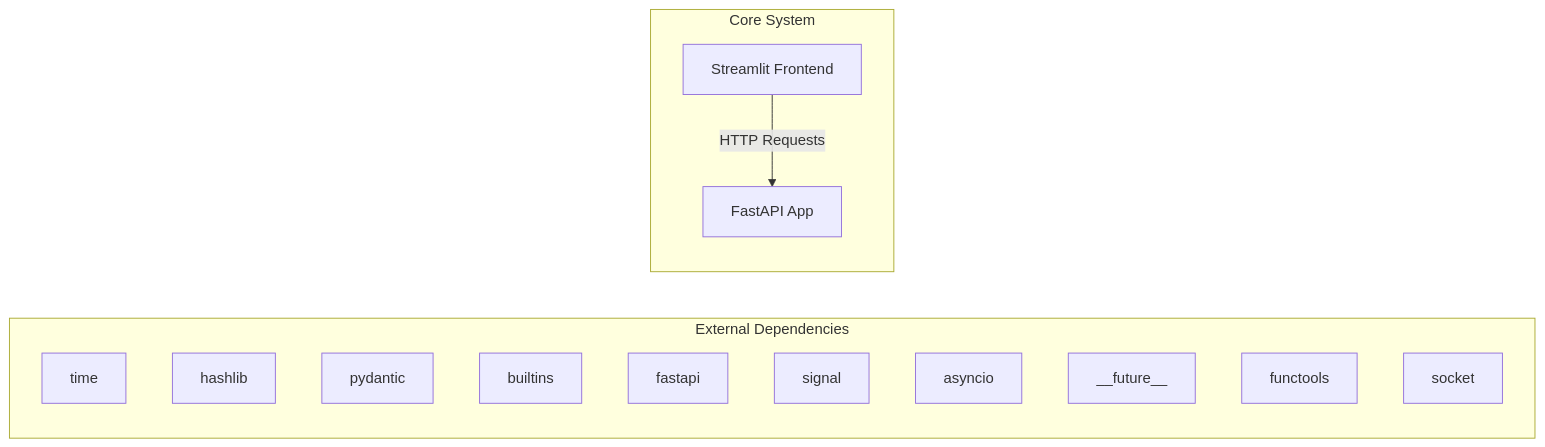
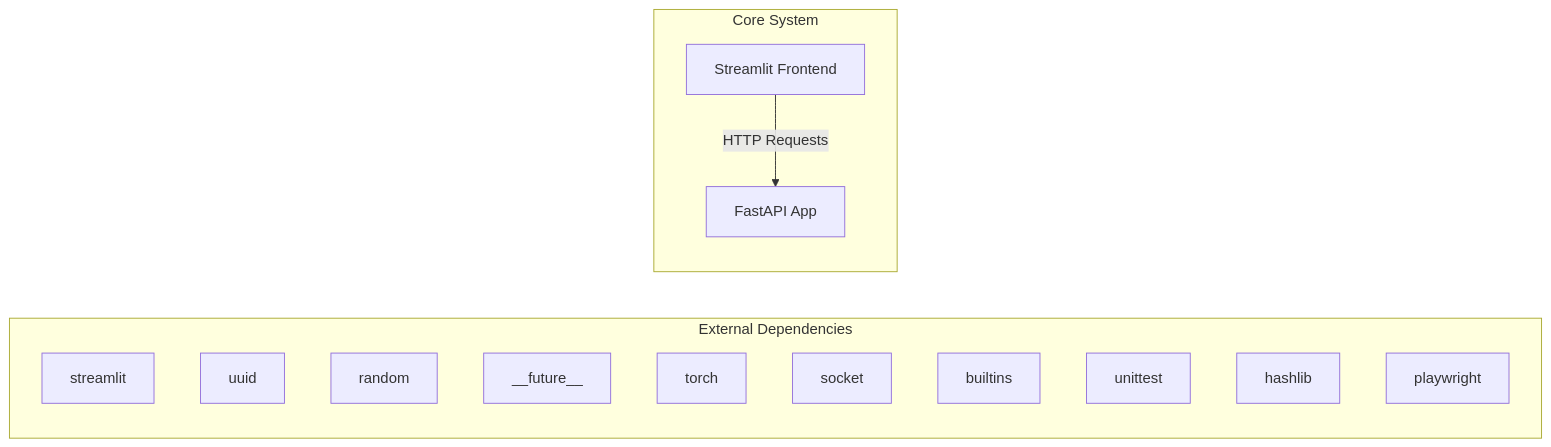
One commit to NITISH-R-G/rag-context-optimizer changed the first of 2 diagrams in docs/architecture.md. Above: the diagram before and after it, drawn with Mermaid. The commit also changed 1 other file, not shown here.

Commit message:
docs: auto-update repository knowledge, architecture diagrams, and documentation

````diff
--- a/docs/architecture.md
+++ b/docs/architecture.md
@@ -7,20 +7,20 @@
 ```mermaid
 graph LR
     subgraph External Dependencies
-        E0["time"]
-        E1["hashlib"]
-        E2["pydantic"]
-        E3["builtins"]
-        E4["fastapi"]
-        E5["signal"]
-        E6["asyncio"]
-        E7["__future__"]
-        E8["functools"]
-        E9["socket"]
+        E0["streamlit"]
+        E1["uuid"]
+        E2["random"]
+        E3["__future__"]
+        E4["torch"]
+        E5["socket"]
+        E6["builtins"]
+        E7["unittest"]
+        E8["hashlib"]
+        E9["playwright"]
     end
     subgraph Core System
         API["FastAPI App"]
         UI["Streamlit Frontend"]
     end
     UI -->|HTTP Requests| API
 ```
````
